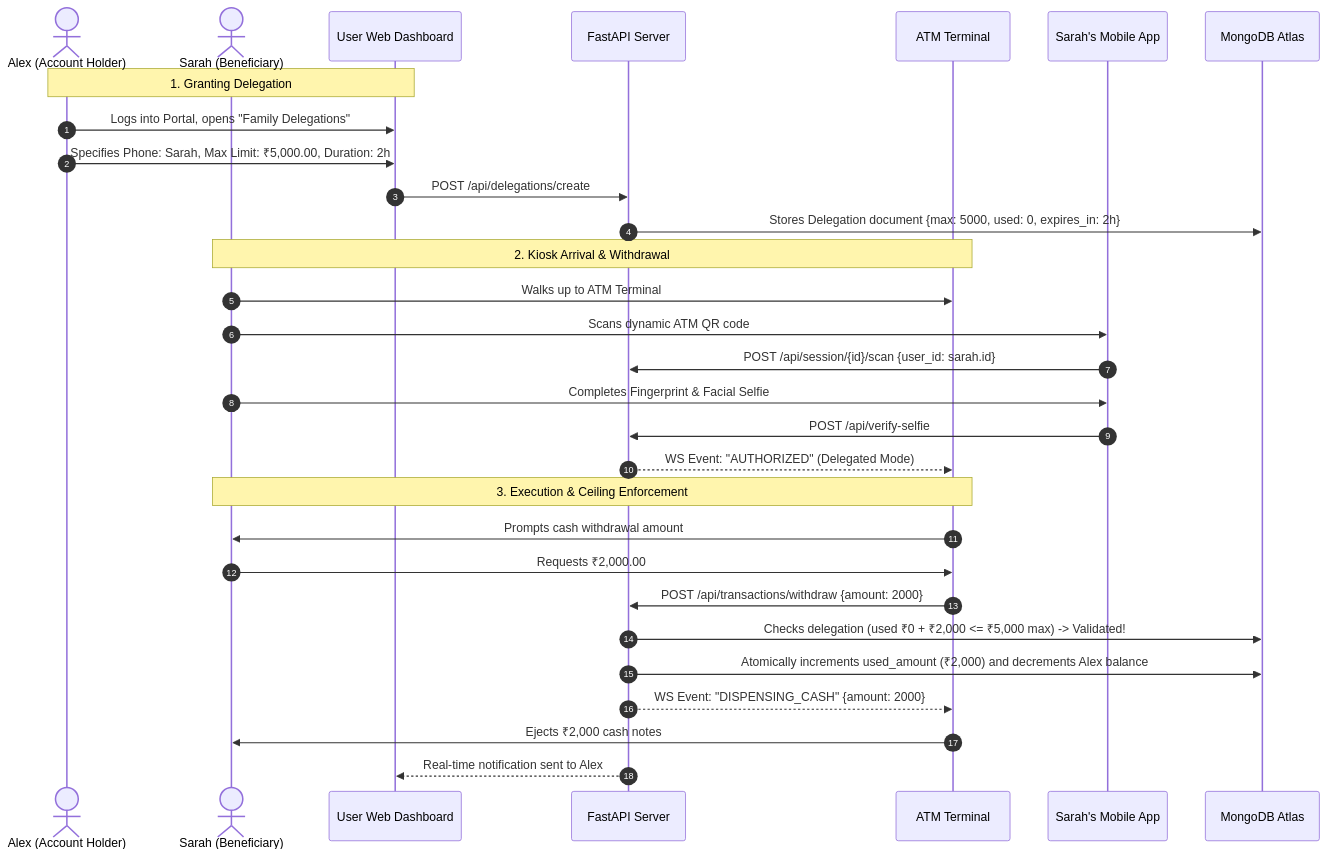
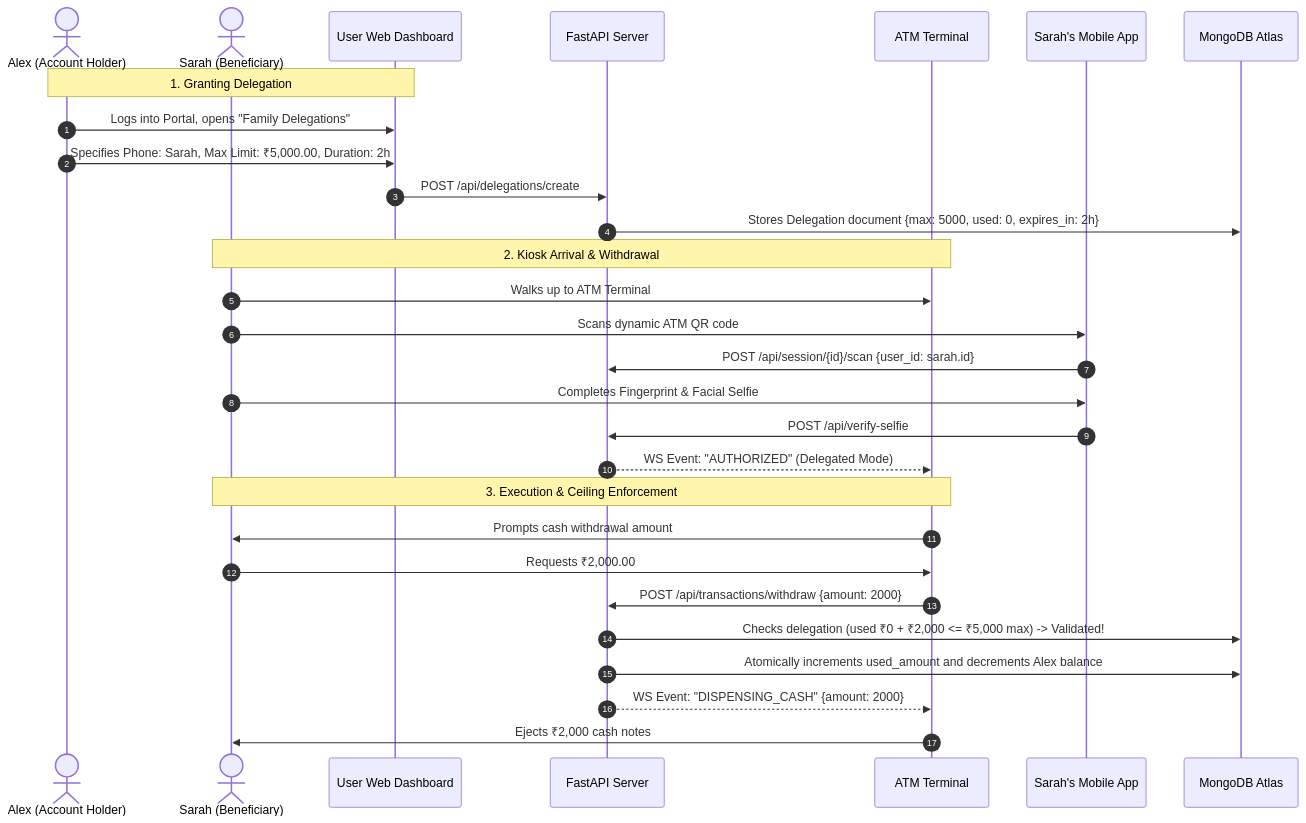
One commit to sujay-237/ATM-Kisok changed the sixth of 7 diagrams in WORKING.md. Above: the diagram before and after it, drawn with Mermaid. The commit also changed other lines of this file and 56 other files, not shown here.

````diff
--- a/WORKING.md
+++ b/WORKING.md
@@ -101,35 +212,34 @@
 ```mermaid
 sequenceDiagram
     autonumber
     actor Alex as Alex (Account Holder)
     actor Sarah as Sarah (Beneficiary)
     participant Dashboard as User Web Dashboard
     participant Backend as FastAPI Server
     participant Kiosk as ATM Terminal
     participant SarahApp as Sarah's Mobile App
     participant DB as MongoDB Atlas
 
     Note over Alex,Dashboard: 1. Granting Delegation
     Alex->>Dashboard: Logs into Portal, opens "Family Delegations"
     Alex->>Dashboard: Specifies Phone: Sarah, Max Limit: ₹5,000.00, Duration: 2h
     Dashboard->>Backend: POST /api/delegations/create
     Backend->>DB: Stores Delegation document {max: 5000, used: 0, expires_in: 2h}
 
     Note over Sarah,Kiosk: 2. Kiosk Arrival & Withdrawal
     Sarah->>Kiosk: Walks up to ATM Terminal
     Sarah->>SarahApp: Scans dynamic ATM QR code
     SarahApp->>Backend: POST /api/session/{id}/scan {user_id: sarah.id}
     Sarah->>SarahApp: Completes Fingerprint & Facial Selfie
     SarahApp->>Backend: POST /api/verify-selfie
     Backend-->>Kiosk: WS Event: "AUTHORIZED" (Delegated Mode)
 
     Note over Sarah,Kiosk: 3. Execution & Ceiling Enforcement
     Kiosk->>Sarah: Prompts cash withdrawal amount
     Sarah->>Kiosk: Requests ₹2,000.00
     Kiosk->>Backend: POST /api/transactions/withdraw {amount: 2000}
     Backend->>DB: Checks delegation (used ₹0 + ₹2,000 <= ₹5,000 max) -> Validated!
-    Backend->>DB: Atomically increments used_amount (₹2,000) and decrements Alex balance
+    Backend->>DB: Atomically increments used_amount and decrements Alex balance
     Backend-->>Kiosk: WS Event: "DISPENSING_CASH" {amount: 2000}
     Kiosk->>Sarah: Ejects ₹2,000 cash notes
-    Backend-->>Dashboard: Real-time notification sent to Alex
 ```
````
